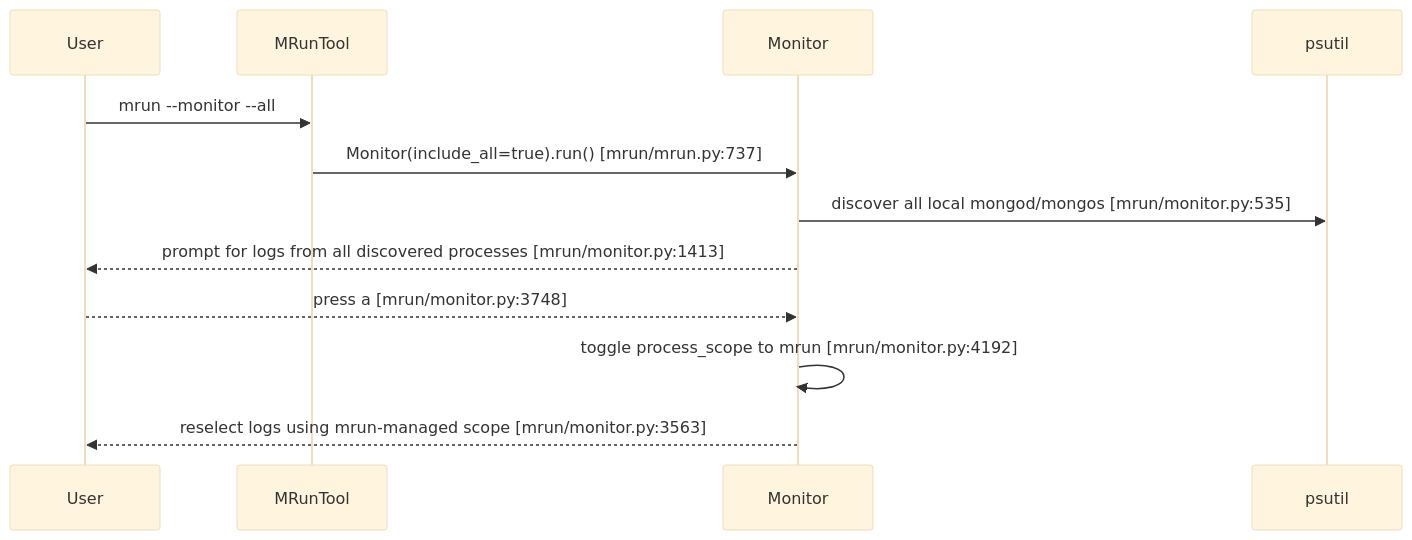
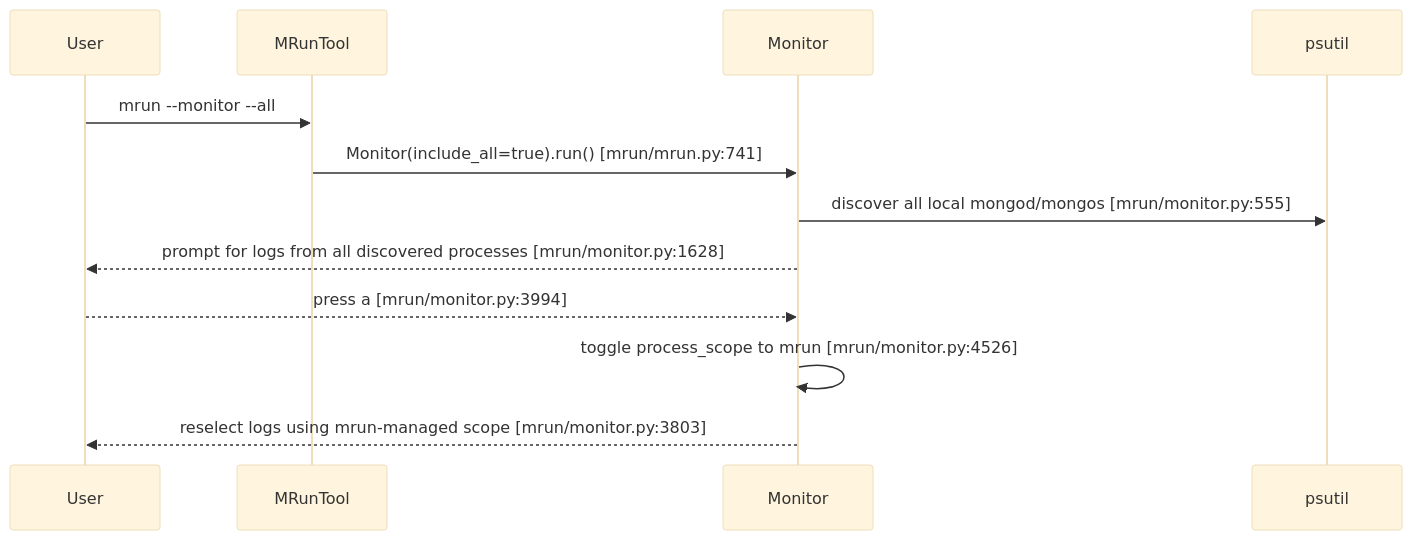
One commit to mongodb/mlaunch changed the second of 13 diagrams in doc/feature-monitor-guide.md. Above: the diagram before and after it, drawn with Mermaid (base theme). The commit also changed other lines of this file and 2 other files, not shown here.

````diff
--- a/doc/feature-monitor-guide.md
+++ b/doc/feature-monitor-guide.md
@@ -191,15 +196,15 @@
 ```mermaid
 sequenceDiagram
     participant User
     participant Tool as MRunTool
     participant Monitor as Monitor
     participant PS as psutil
 
     User->>Tool: mrun --monitor --all
-    Tool->>Monitor: Monitor(include_all=true).run() [mrun/mrun.py:737]
-    Monitor->>PS: discover all local mongod/mongos [mrun/monitor.py:535]
-    Monitor-->>User: prompt for logs from all discovered processes [mrun/monitor.py:1413]
-    User-->>Monitor: press a [mrun/monitor.py:3748]
-    Monitor->>Monitor: toggle process_scope to mrun [mrun/monitor.py:4192]
-    Monitor-->>User: reselect logs using mrun-managed scope [mrun/monitor.py:3563]
+    Tool->>Monitor: Monitor(include_all=true).run() [mrun/mrun.py:741]
+    Monitor->>PS: discover all local mongod/mongos [mrun/monitor.py:555]
+    Monitor-->>User: prompt for logs from all discovered processes [mrun/monitor.py:1628]
+    User-->>Monitor: press a [mrun/monitor.py:3994]
+    Monitor->>Monitor: toggle process_scope to mrun [mrun/monitor.py:4526]
+    Monitor-->>User: reselect logs using mrun-managed scope [mrun/monitor.py:3803]
 ```
````
